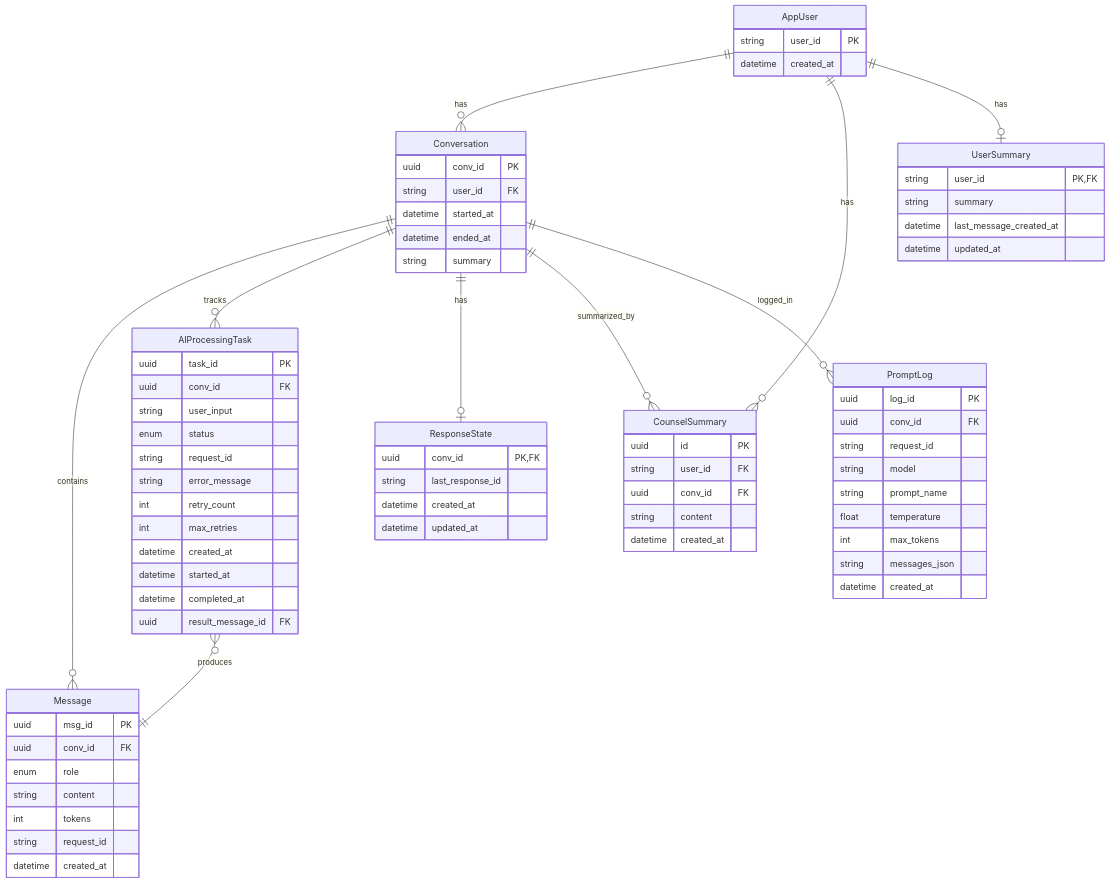
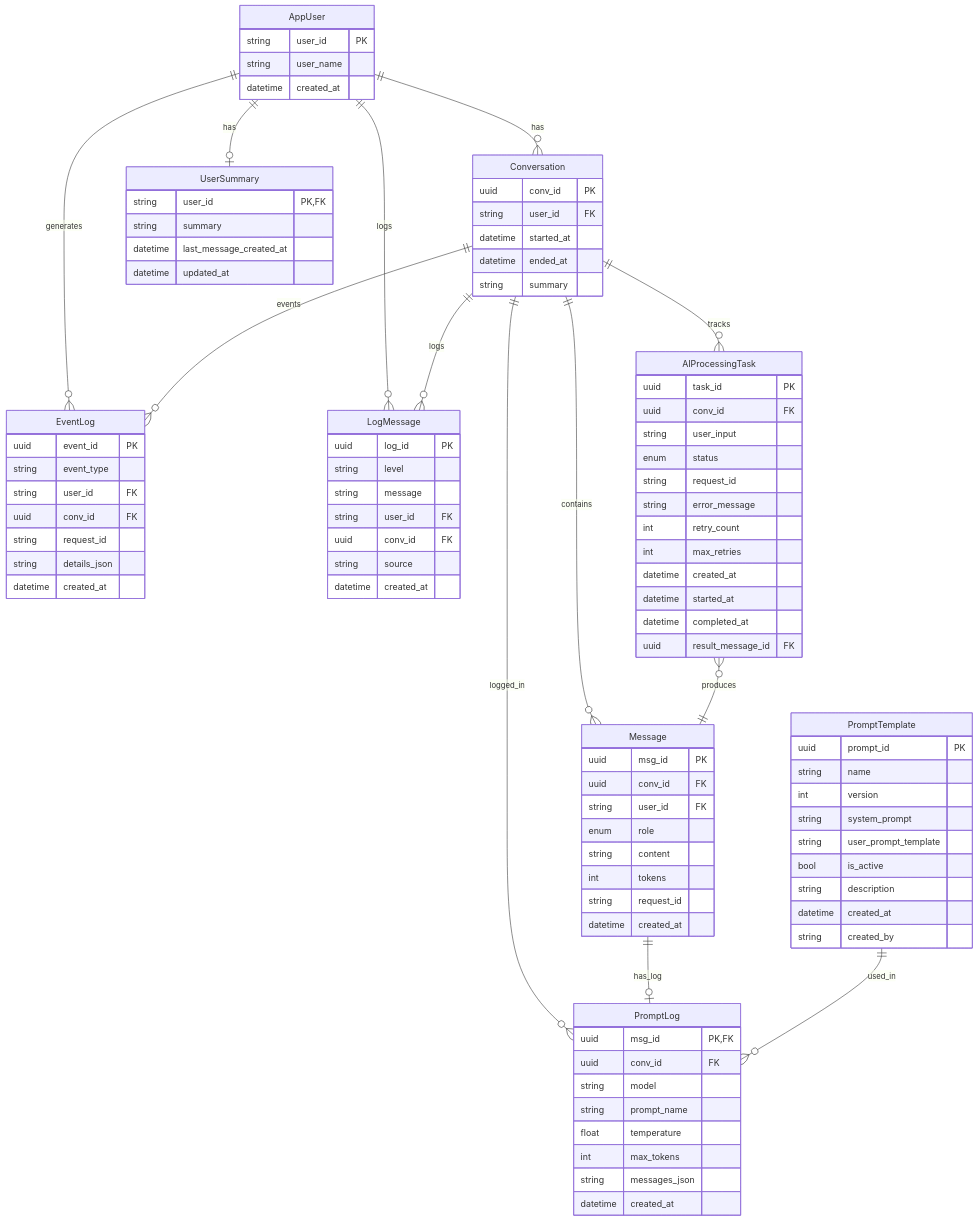
The diagram in docs/DB_SCHEMA.md (mindvr124/kakao_chatbot), drawn with Mermaid before and after one commit. The commit also changed other lines of this file and 4 other files, not shown here.

````diff
--- a/docs/DB_SCHEMA.md
+++ b/docs/DB_SCHEMA.md
@@ -147,17 +169,21 @@
 ```mermaid
 erDiagram
   AppUser ||--o{ Conversation : has
+  AppUser ||--o{ EventLog : generates
+  AppUser ||--o{ LogMessage : logs
+  AppUser ||--o| UserSummary : has
   Conversation ||--o{ Message : contains
   Conversation ||--o{ AIProcessingTask : tracks
+  Conversation ||--o{ PromptLog : logged_in
+  Conversation ||--o{ EventLog : events
+  Conversation ||--o{ LogMessage : logs
   AIProcessingTask }o--|| Message : produces
-  Conversation ||--o| ResponseState : has
-  AppUser ||--o{ CounselSummary : has
-  Conversation ||--o{ CounselSummary : summarized_by
-  Conversation ||--o{ PromptLog : logged_in
-  AppUser ||--o| UserSummary : has
+  Message ||--o| PromptLog : has_log
+  PromptTemplate ||--o{ PromptLog : used_in
 
   AppUser {
     string user_id PK
+    string user_name
     datetime created_at
   }
   Conversation {
@@ -170,6 +196,7 @@
   Message {
     uuid msg_id PK
     uuid conv_id FK
+    string user_id FK
     enum role
     string content
     int tokens
@@ -190,28 +217,32 @@
     datetime completed_at
     uuid result_message_id FK
   }
-  ResponseState {
-    uuid conv_id PK, FK
-    string last_response_id
-    datetime created_at
-    datetime updated_at
-  }
-  CounselSummary {
-    uuid id PK
-    string user_id FK
+  PromptLog {
+    uuid msg_id PK, FK
     uuid conv_id FK
-    string content
-    datetime created_at
-  }
-  PromptLog {
-    uuid log_id PK
-    uuid conv_id FK
-    string request_id
     string model
     string prompt_name
     float temperature
     int max_tokens
     string messages_json
+    datetime created_at
+  }
+  EventLog {
+    uuid event_id PK
+    string event_type
+    string user_id FK
+    uuid conv_id FK
+    string request_id
+    string details_json
+    datetime created_at
+  }
+  LogMessage {
+    uuid log_id PK
+    string level
+    string message
+    string user_id FK
+    uuid conv_id FK
+    string source
     datetime created_at
   }
   UserSummary {
@@ -220,4 +251,15 @@
     datetime last_message_created_at
     datetime updated_at
   }
+  PromptTemplate {
+    uuid prompt_id PK
+    string name
+    int version
+    string system_prompt
+    string user_prompt_template
+    bool is_active
+    string description
+    datetime created_at
+    string created_by
+  }
 ```
````
